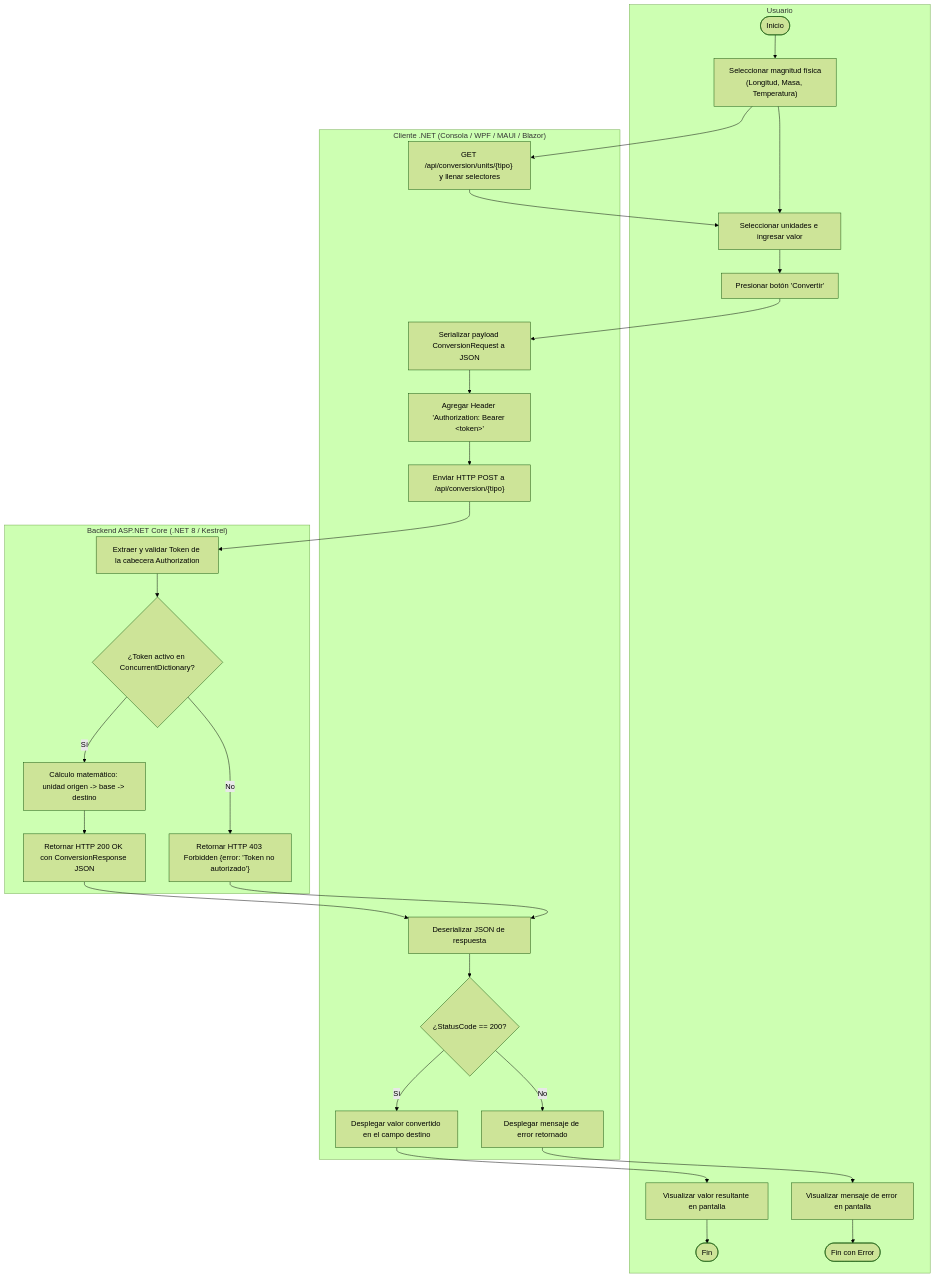
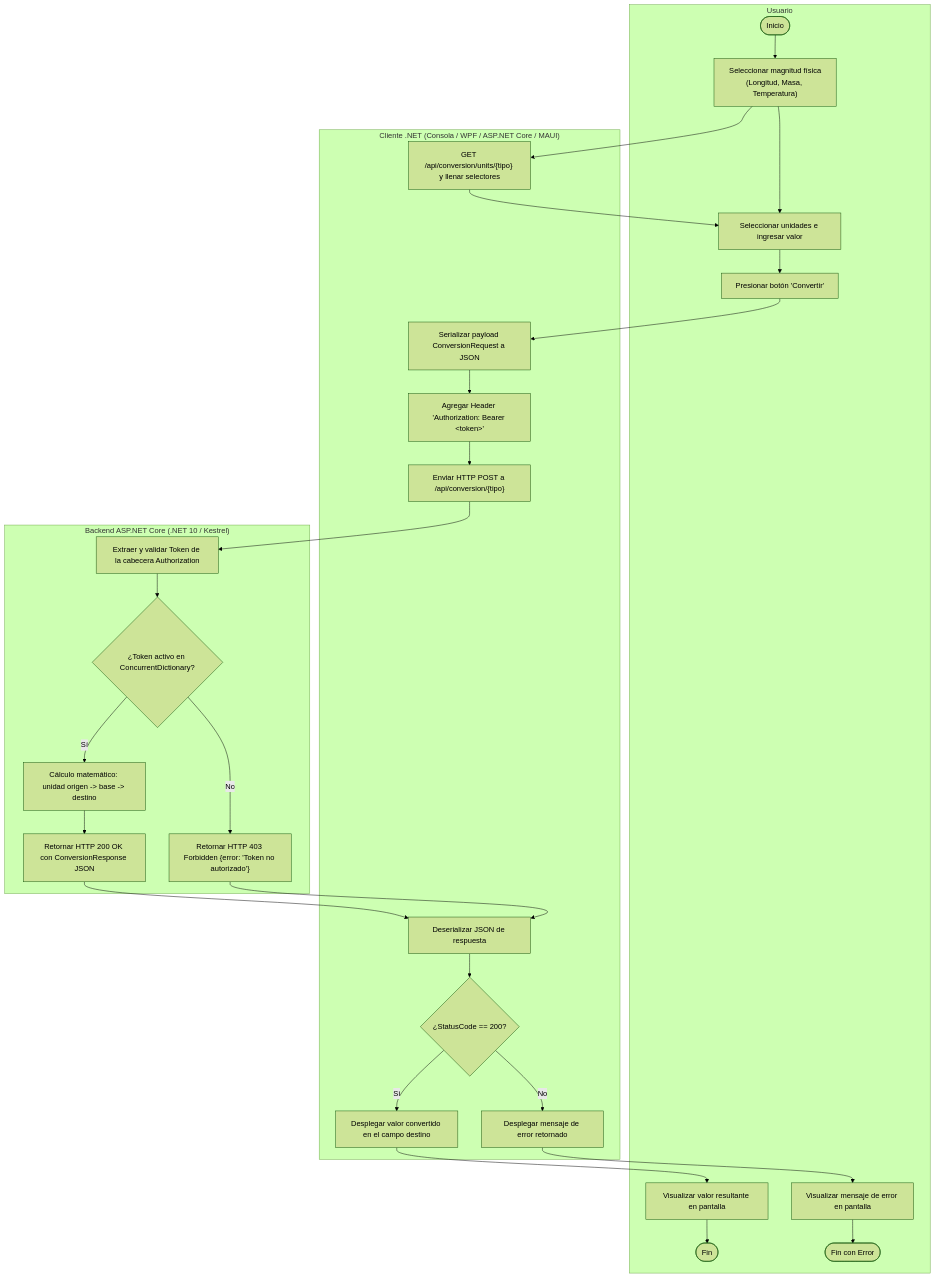
One commit to JulioViche/u1-sw-arch changed the fourth of 7 diagrams in vault/06-projects/ti-1-4-rest-dotnet/diagrams.md. Above: the diagram before and after it, drawn with Mermaid (forest theme). The commit also changed other lines of this file and 18 other files, not shown here.

````diff
--- a/vault/06-projects/ti-1-4-rest-dotnet/diagrams.md
+++ b/vault/06-projects/ti-1-4-rest-dotnet/diagrams.md
@@ -113,33 +113,33 @@
 ```mermaid
 flowchart TD
     subgraph LaneUser ["Usuario"]
         C1([Inicio]) --> C2["Seleccionar magnitud física<br/>(Longitud, Masa, Temperatura)"]
         C2 --> C3["Seleccionar unidades e ingresar valor"]
         C3 --> C4["Presionar botón 'Convertir'"]
         C11["Visualizar valor resultante en pantalla"] --> C12([Fin])
         C13["Visualizar mensaje de error en pantalla"] --> C14([Fin con Error])
     end
 
-    subgraph LaneClient ["Cliente .NET (Consola / WPF / MAUI / Blazor)"]
+    subgraph LaneClient ["Cliente .NET (Consola / WPF / ASP.NET Core / MAUI)"]
         C2 --> D1["GET /api/conversion/units/{tipo} y llenar selectores"]
         D1 --> C3
         C4 --> D2["Serializar payload ConversionRequest a JSON"]
         D2 --> D3["Agregar Header 'Authorization: Bearer &lt;token&gt;'"]
         D3 --> D4["Enviar HTTP POST a /api/conversion/{tipo}"]
         D5["Deserializar JSON de respuesta"] --> D6{"¿StatusCode == 200?"}
         D6 -- Sí --> D7["Desplegar valor convertido en el campo destino"]
         D7 --> C11
         D6 -- No --> D8["Desplegar mensaje de error retornado"]
         D8 --> C13
     end
 
-    subgraph LaneServer ["Backend ASP.NET Core (.NET 8 / Kestrel)"]
+    subgraph LaneServer ["Backend ASP.NET Core (.NET 10 / Kestrel)"]
         D4 --> E1["Extraer y validar Token de la cabecera Authorization"]
         E1 --> E2{"¿Token activo en ConcurrentDictionary?"}
         E2 -- Sí --> E3["Cálculo matemático: unidad origen -> base -> destino"]
         E3 --> E4["Retornar HTTP 200 OK con ConversionResponse JSON"]
         E2 -- No --> E5["Retornar HTTP 403 Forbidden {error: 'Token no autorizado'}"]
         E4 --> D5
         E5 --> D5
     end
 ```
````
